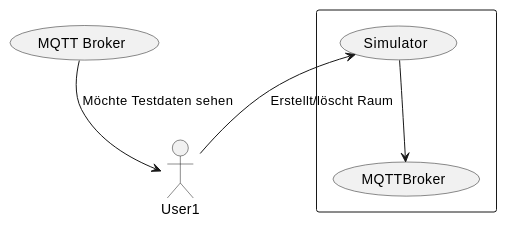
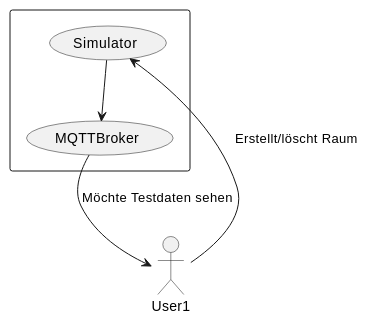
One commit to htl-leonding-project/leo-iot changed the diagram in asciidocs/System-Specification-Valuesimulator.adoc. Above: the diagram before and after it, drawn with PlantUML. The commit also changed other lines of this file and 1 other file, not shown here.

Commit message:
change plantuml and add systemspec to index.adoc #98

```diff
--- a/asciidocs/System-Specification-Valuesimulator.adoc
+++ b/asciidocs/System-Specification-Valuesimulator.adoc
@@ -62,18 +62,16 @@
 [plantuml,User-Case1,png]
 ....
 @startuml
-
-
 
 rectangle {
     
     (Simulator)
     (MQTTBroker)
 }
 
 User1 -up-> (Simulator) : Erstellt/löscht Raum
-User1 <-up- (MQTT Broker) : Möchte Testdaten sehen
+User1 <-up- (MQTTBroker) : Möchte Testdaten sehen
 (Simulator) --> (MQTTBroker)
 
 @enduml
 ....
```
